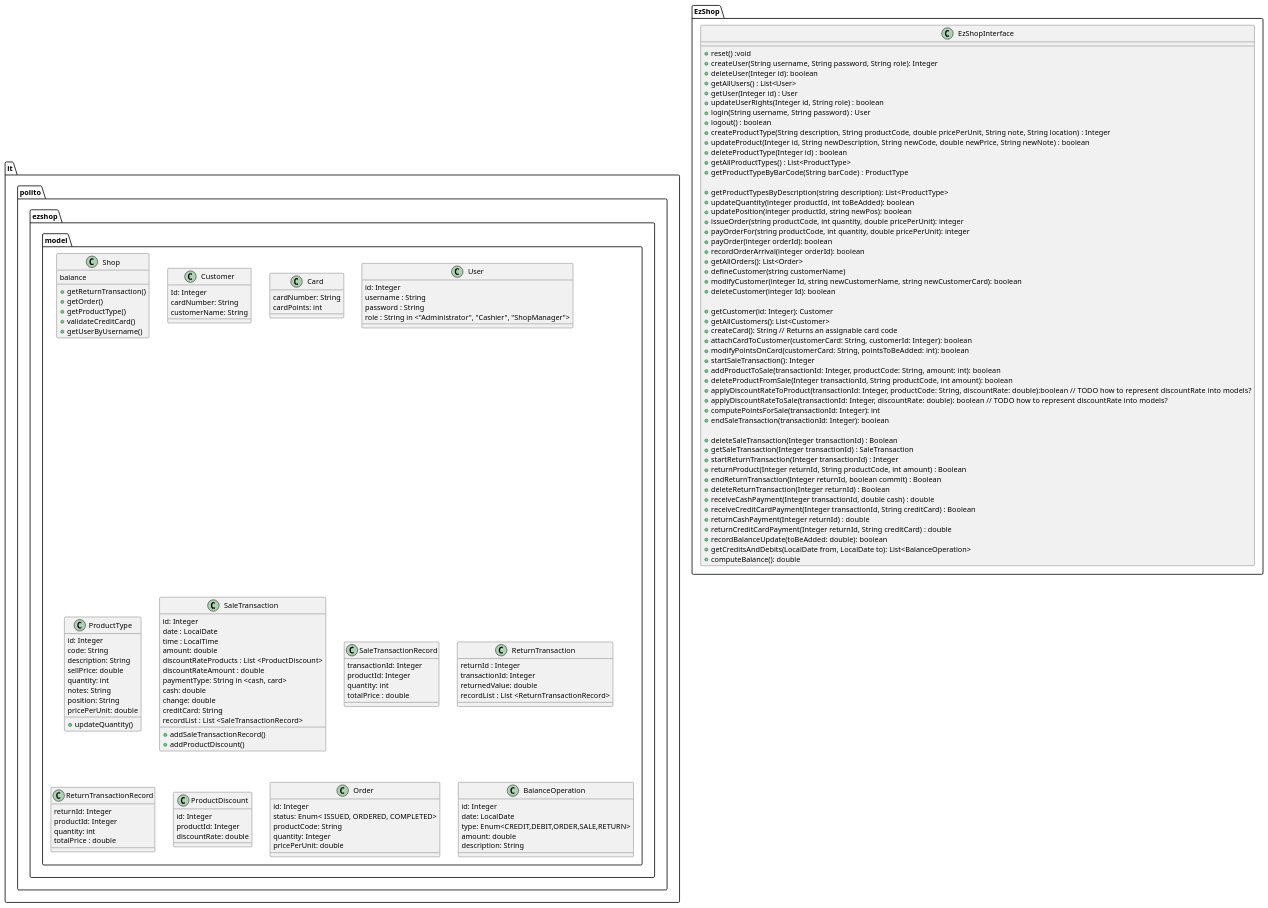
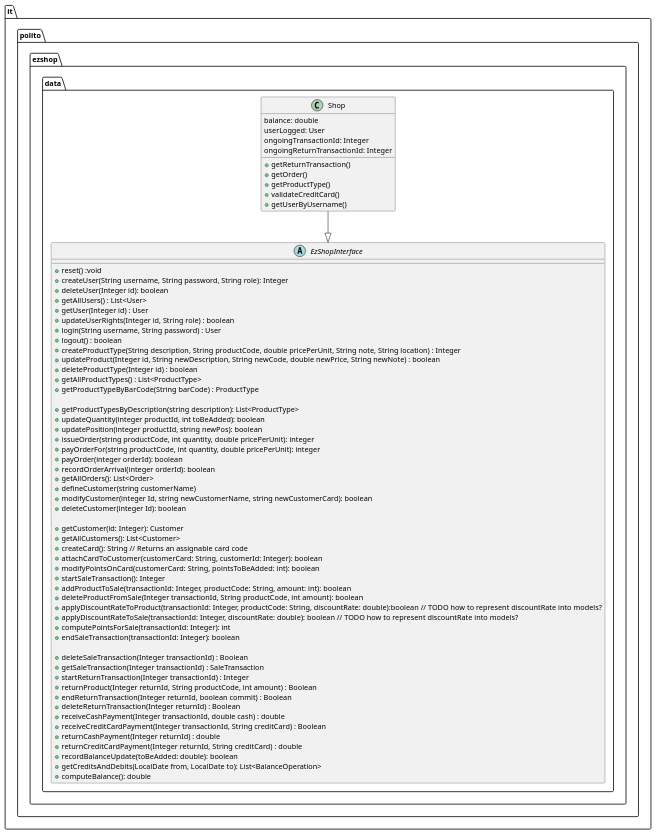
The second of 30 diagrams in Deliverables/DesignDocument.md (paocela/EzShop), drawn with PlantUML before and after one commit.

Commit message:
Completed class diagram styling

````diff
--- a/Deliverables/DesignDocument.md
+++ b/Deliverables/DesignDocument.md
@@ -78,7 +76,9 @@
 ```plantuml
 
-package EzShop {
-    class EzShopInterface {
+package it.polito.ezshop.data {
+
+   
+    abstract class EzShopInterface {
     + reset() :void
     + createUser(String username, String password, String role): Integer
     + deleteUser(Integer id): boolean
@@ -133,11 +133,12 @@
     + computeBalance(): double
 
     }
-}
-
-package it.polito.ezshop.model {
-    class Shop {
-        balance
+    
+       class Shop {
+        balance: double
+        userLogged: User
+        ongoingTransactionId: Integer
+        ongoingReturnTransactionId: Integer
 
         + getReturnTransaction()
         + getOrder()
@@ -145,98 +146,7 @@
         + validateCreditCard()
         + getUserByUsername()
 
-    }
-
-    class Customer {
-        Id: Integer
-        cardNumber: String
-        customerName: String
-    }
-    class Card {
-        cardNumber: String
-        cardPoints: int
-
-    }
-    class User {
-        id: Integer
-        username : String   
-        password : String
-        role : String in <"Administrator", "Cashier", "ShopManager">
-
-    }
-    class ProductType {
-        id: Integer
-        code: String
-        description: String
-        sellPrice: double
-        quantity: int
-        notes: String
-        position: String
-        pricePerUnit: double
-        + updateQuantity()
-
-
-    }
-    class SaleTransaction {
-        id: Integer
-        date : LocalDate
-        time : LocalTime
-        amount: double
-        discountRateProducts : List <ProductDiscount>
-        discountRateAmount : double
-        paymentType: String in <cash, card>
-        cash: double
-        change: double
-        creditCard: String
-        recordList : List <SaleTransactionRecord>
-        + addSaleTransactionRecord()
-        + addProductDiscount()
-
-    }
-    class SaleTransactionRecord {
-        transactionId: Integer
-        productId: Integer
-        quantity: int
-        totalPrice : double
-
-    }
-    class ReturnTransaction {
-        returnId : Integer
-        transactionId: Integer
-        returnedValue: double
-        recordList : List <ReturnTransactionRecord>
-
-    }
-    class ReturnTransactionRecord {
-        returnId: Integer
-        productId: Integer
-        quantity: int
-        totalPrice : double
-
-    }
-    class ProductDiscount {
-        id: Integer
-        productId: Integer
-        discountRate: double
-
-    }
-    class Order {
-        id: Integer
-        status: Enum< ISSUED, ORDERED, COMPLETED>
-        productCode: String
-        quantity: Integer
-        pricePerUnit: double
-
-    }
-    class BalanceOperation {
-        id: Integer
-        date: LocalDate
-        type: Enum<CREDIT,DEBIT,ORDER,SALE,RETURN>
-        amount: double
-        description: String
-
-    }
+    } 
+    Shop --^ EzShopInterface
 }
-
-
 ```
````
